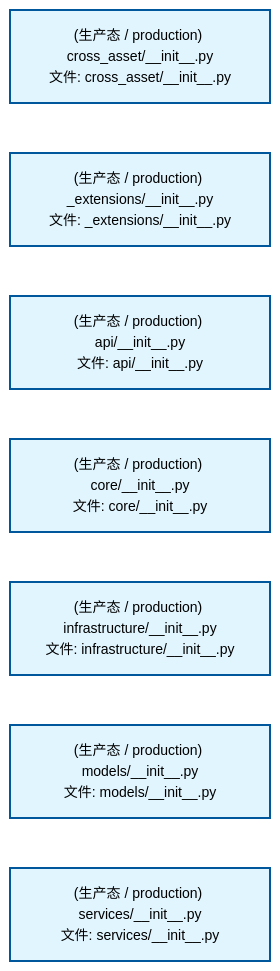
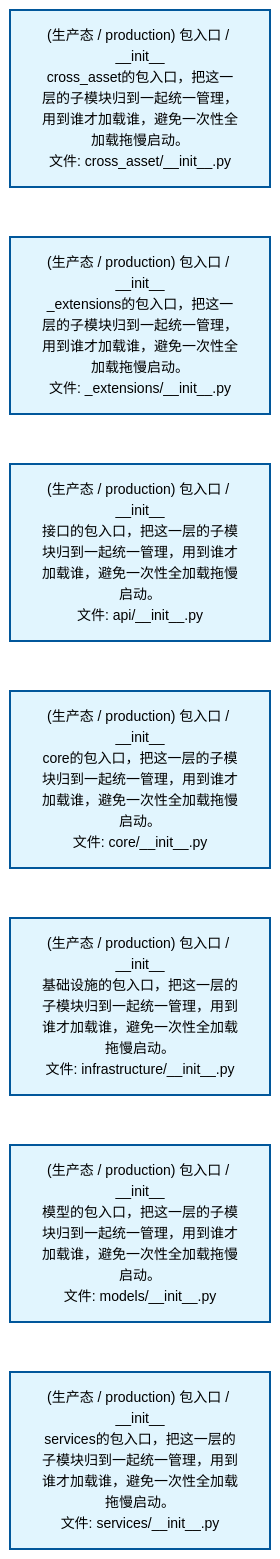
Before and after one commit to xuanFelixVan/ZephyrAlpha: the first of 2 diagrams in docs/02_enterprise_architecture/02_domain_architecture_docs/40_d_cross_asset.md, drawn with Mermaid. The commit also changed other lines of this file and 60 other files, not shown here.

````diff
--- a/docs/02_enterprise_architecture/02_domain_architecture_docs/40_d_cross_asset.md
+++ b/docs/02_enterprise_architecture/02_domain_architecture_docs/40_d_cross_asset.md
@@ -53,22 +53,22 @@
 ```mermaid
 %%{init: {'theme': 'base', 'themeVariables': {'primaryColor': '#eaeaea', 'primaryTextColor': '#333333', 'primaryBorderColor': '#666666', 'lineColor': '#666666', 'secondaryColor': '#eaeaea', 'tertiaryColor': '#eaeaea', 'fontSize': '14px'}}}%%
 flowchart TD
-    src_zephyr_cross_asset_init_py["(生产态 / production) cross_asset/__init__.py<br/>文件: cross_asset/__init__.py"]
-    src_zephyr_cross_asset_extensions_init_py["(生产态 / production) _extensions/__init__.py<br/>文件: _extensions/__init__.py"]
-    src_zephyr_cross_asset_api_init_py["(生产态 / production) api/__init__.py<br/>文件: api/__init__.py"]
-    src_zephyr_cross_asset_core_init_py["(生产态 / production) core/__init__.py<br/>文件: core/__init__.py"]
-    src_zephyr_cross_asset_infrastructure_init_py["(生产态 / production) infrastructure/__init__.py<br/>文件: infrastructure/__init__.py"]
-    src_zephyr_cross_asset_models_init_py["(生产态 / production) models/__init__.py<br/>文件: models/__init__.py"]
-    src_zephyr_cross_asset_services_init_py["(生产态 / production) services/__init__.py<br/>文件: services/__init__.py"]
+    src_zephyr_cross_asset_init_py["(生产态 / production) 包入口 / __init__<br/>cross_asset的包入口，把这一层的子模块归到一起统一管理，用到谁才加载谁，避免一次性全加载拖慢启动。<br/>文件: cross_asset/__init__.py"]
+    src_zephyr_cross_asset_extensions_init_py["(生产态 / production) 包入口 / __init__<br/>_extensions的包入口，把这一层的子模块归到一起统一管理，用到谁才加载谁，避免一次性全加载拖慢启动。<br/>文件: _extensions/__init__.py"]
+    src_zephyr_cross_asset_api_init_py["(生产态 / production) 包入口 / __init__<br/>接口的包入口，把这一层的子模块归到一起统一管理，用到谁才加载谁，避免一次性全加载拖慢启动。<br/>文件: api/__init__.py"]
+    src_zephyr_cross_asset_core_init_py["(生产态 / production) 包入口 / __init__<br/>core的包入口，把这一层的子模块归到一起统一管理，用到谁才加载谁，避免一次性全加载拖慢启动。<br/>文件: core/__init__.py"]
+    src_zephyr_cross_asset_infrastructure_init_py["(生产态 / production) 包入口 / __init__<br/>基础设施的包入口，把这一层的子模块归到一起统一管理，用到谁才加载谁，避免一次性全加载拖慢启动。<br/>文件: infrastructure/__init__.py"]
+    src_zephyr_cross_asset_models_init_py["(生产态 / production) 包入口 / __init__<br/>模型的包入口，把这一层的子模块归到一起统一管理，用到谁才加载谁，避免一次性全加载拖慢启动。<br/>文件: models/__init__.py"]
+    src_zephyr_cross_asset_services_init_py["(生产态 / production) 包入口 / __init__<br/>services的包入口，把这一层的子模块归到一起统一管理，用到谁才加载谁，避免一次性全加载拖慢启动。<br/>文件: services/__init__.py"]
     src_zephyr_cross_asset_init_py ~~~ src_zephyr_cross_asset_extensions_init_py
     src_zephyr_cross_asset_extensions_init_py ~~~ src_zephyr_cross_asset_api_init_py
     src_zephyr_cross_asset_api_init_py ~~~ src_zephyr_cross_asset_core_init_py
     src_zephyr_cross_asset_core_init_py ~~~ src_zephyr_cross_asset_infrastructure_init_py
     src_zephyr_cross_asset_infrastructure_init_py ~~~ src_zephyr_cross_asset_models_init_py
     src_zephyr_cross_asset_models_init_py ~~~ src_zephyr_cross_asset_services_init_py
     classDef production fill:#e1f5fe,stroke:#01579b,stroke-width:2px,color:#000
     classDef design fill:#fff3e0,stroke:#e65100,stroke-width:2px,color:#000,stroke-dasharray: 5 5
     classDef external_prod fill:#e8f4fd,stroke:#0277bd,stroke-width:1px,color:#000
     classDef external_design fill:#fff8e7,stroke:#ef6c00,stroke-width:1px,color:#000,stroke-dasharray: 5 5
     class src_zephyr_cross_asset_init_py,src_zephyr_cross_asset_extensions_init_py,src_zephyr_cross_asset_api_init_py,src_zephyr_cross_asset_core_init_py,src_zephyr_cross_asset_infrastructure_init_py,src_zephyr_cross_asset_models_init_py,src_zephyr_cross_asset_services_init_py production
 ```
````
